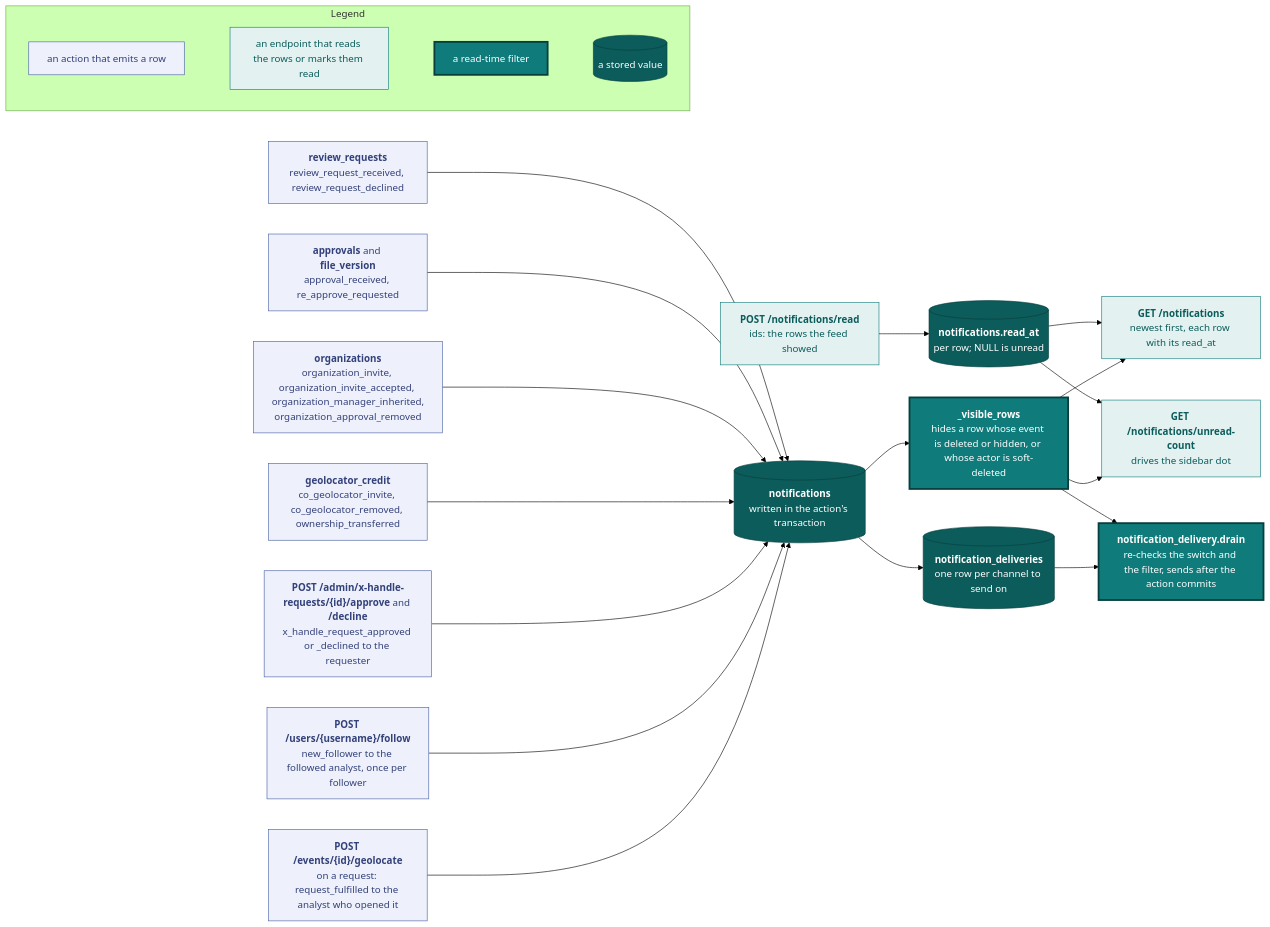
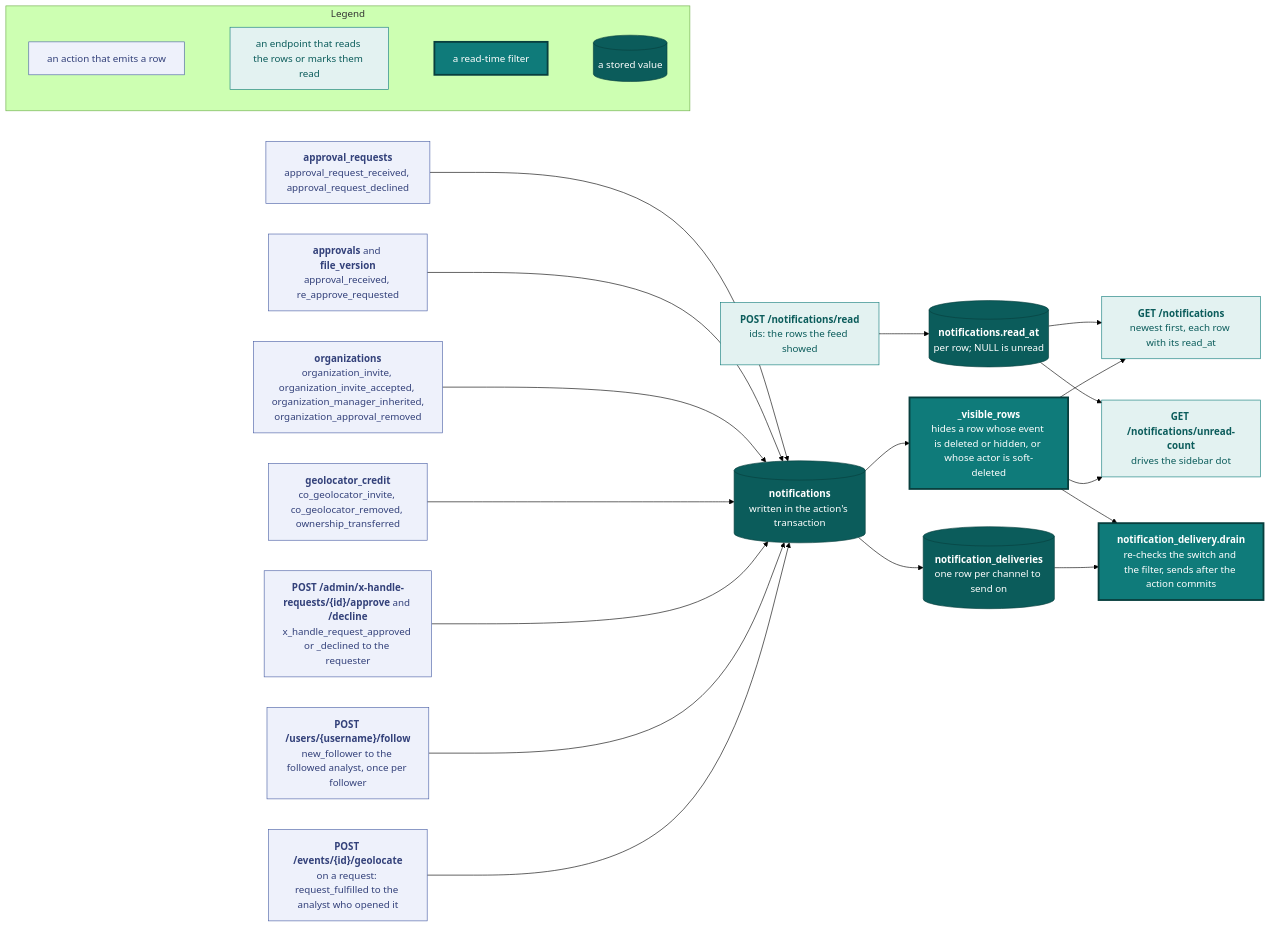
The seventh of 8 diagrams in docs/api.md (vidithq/vidit), drawn with Mermaid (forest theme) before and after one commit. The commit also changed other lines of this file and 96 other files, not shown here.

````diff
--- a/docs/api.md
+++ b/docs/api.md
@@ -2542,64 +2542,64 @@
 ```mermaid
 flowchart LR
   classDef spec fill:#eef1fb,stroke:#4a5fa5,color:#33417a
   classDef shared fill:#e3f2f1,stroke:#0f7b7a,color:#0b5c5b
   classDef core fill:#0f7b7a,stroke:#083f3e,stroke-width:3px,color:#ffffff
   classDef store fill:#0b5c5b,stroke:#083f3e,color:#ffffff
 
   subgraph legend [Legend]
     direction LR
     l1["`an action that emits a row`"]:::spec
     l2["`an endpoint that reads the rows or marks them read`"]:::shared
     l3["`a read-time filter`"]:::core
     l4[("`a stored value`")]:::store
     l1 ~~~ l2 ~~~ l3 ~~~ l4
   end
 
   geolocate["`**POST /events/{id}/geolocate**
   on a request: request_fulfilled to the analyst who opened it`"]:::spec
   follow["`**POST /users/{username}/follow**
   new_follower to the followed analyst, once per follower`"]:::spec
   xhandle["`**POST /admin/x-handle-requests/{id}/approve** and **/decline**
   x_handle_request_approved or _declined to the requester`"]:::spec
   credit["`**geolocator_credit**
   co_geolocator_invite, co_geolocator_removed, ownership_transferred`"]:::spec
   orgs["`**organizations**
   organization_invite, organization_invite_accepted, organization_manager_inherited,
   organization_approval_removed`"]:::spec
   approvals["`**approvals** and **file_version**
   approval_received, re_approve_requested`"]:::spec
-  reviews["`**review_requests**
-  review_request_received, review_request_declined`"]:::spec
+  reviews["`**approval_requests**
+  approval_request_received, approval_request_declined`"]:::spec
   rows[("`**notifications**
   written in the action's transaction`")]:::store
   visible["`**_visible_rows**
   hides a row whose event is deleted or hidden, or whose actor is soft-deleted`"]:::core
   feed["`**GET /notifications**
   newest first, each row with its read_at`"]:::shared
   count["`**GET /notifications/unread-count**
   drives the sidebar dot`"]:::shared
   read["`**POST /notifications/read**
   ids: the rows the feed showed`"]:::shared
   readat[("`**notifications.read_at**
   per row; NULL is unread`")]:::store
   queue[("`**notification_deliveries**
   one row per channel to send on`")]:::store
   worker["`**notification_delivery.drain**
   re-checks the switch and the filter, sends after the action commits`"]:::core
 
   geolocate --> rows
   follow --> rows
   xhandle --> rows
   credit --> rows
   orgs --> rows
   approvals --> rows
   reviews --> rows
   rows --> visible
   visible --> feed
   visible --> count
   read --> readat
   readat --> count
   readat --> feed
   rows --> queue --> worker
   visible --> worker
 ```
````
